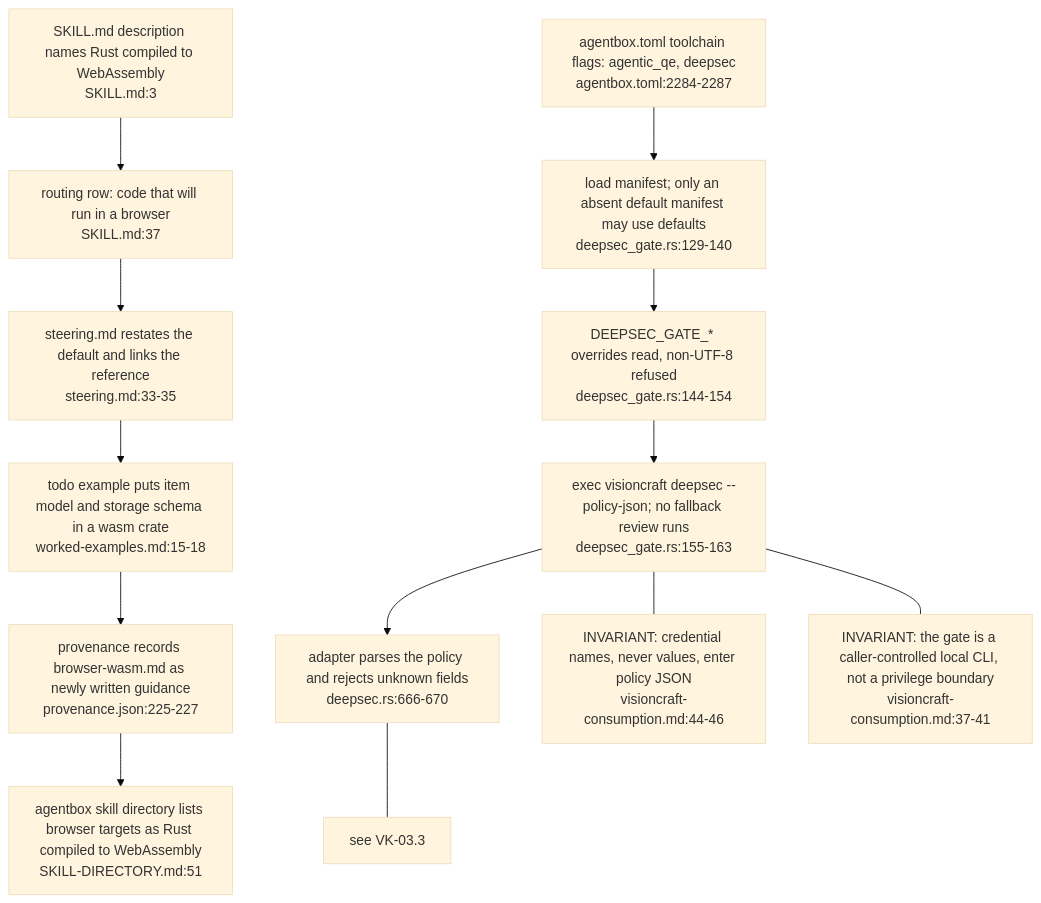
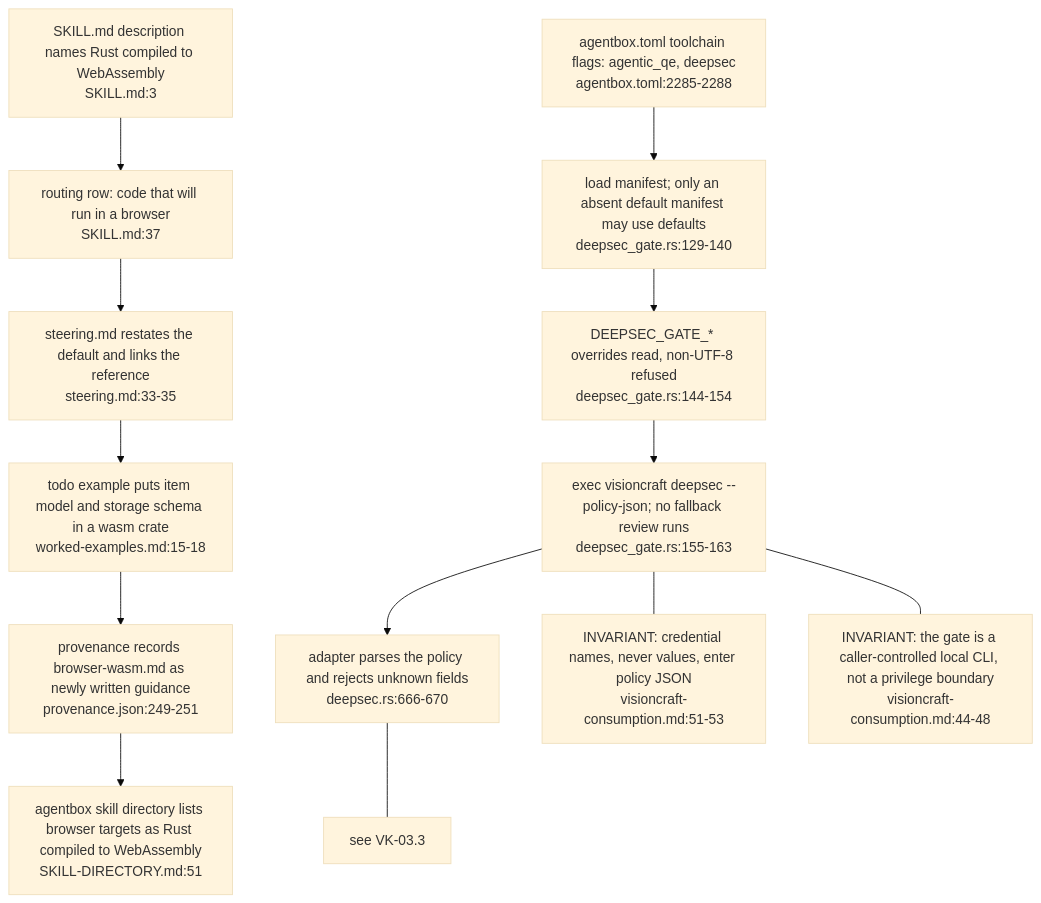
Before and after one commit to DreamLab-AI/VisionFlow: the fifth of 5 diagrams in docs/diagrams/visioncraft/05-browser-wasm-default-and-agentbox-consumption.md, drawn with Mermaid (base theme). The commit also changed other lines of this file and 36 other files, not shown here.

First line of the commit message:
docs(diagrams): re-derive and re-stamp agentbox, dream-engine, visioncraft, visiontouch and vowl topics; drop LAN addresses

````diff
--- a/docs/diagrams/visioncraft/05-browser-wasm-default-and-agentbox-consumption.md
+++ b/docs/diagrams/visioncraft/05-browser-wasm-default-and-agentbox-consumption.md
@@ -158,26 +159,26 @@
 ```mermaid
 flowchart TB
     SKD["SKILL.md description names Rust compiled to WebAssembly<br/>SKILL.md:3"]
     ROW["routing row: code that will run in a browser<br/>SKILL.md:37"]
     STE["steering.md restates the default and links the reference<br/>steering.md:33-35"]
     WEX["todo example puts item model and storage schema in a wasm crate<br/>worked-examples.md:15-18"]
-    PRV["provenance records browser-wasm.md as newly written guidance<br/>provenance.json:225-227"]
+    PRV["provenance records browser-wasm.md as newly written guidance<br/>provenance.json:249-251"]
     DIR["agentbox skill directory lists browser targets as Rust compiled to WebAssembly<br/>SKILL-DIRECTORY.md:51"]
-    TOML["agentbox.toml toolchain flags: agentic_qe, deepsec<br/>agentbox.toml:2284-2287"]
+    TOML["agentbox.toml toolchain flags: agentic_qe, deepsec<br/>agentbox.toml:2285-2288"]
     MAN["load manifest; only an absent default manifest may use defaults<br/>deepsec_gate.rs:129-140"]
     ENV["DEEPSEC_GATE_* overrides read, non-UTF-8 refused<br/>deepsec_gate.rs:144-154"]
     EXE["exec visioncraft deepsec --policy-json; no fallback review runs<br/>deepsec_gate.rs:155-163"]
     POL["adapter parses the policy and rejects unknown fields<br/>deepsec.rs:666-670"]
     SKD --> ROW
     ROW --> STE
     STE --> WEX
     WEX --> PRV
     PRV --> DIR
     TOML --> MAN --> ENV --> EXE --> POL
-    N1["INVARIANT: credential names, never values, enter policy JSON<br/>visioncraft-consumption.md:44-46"]
-    N2["INVARIANT: the gate is a caller-controlled local CLI, not a privilege boundary<br/>visioncraft-consumption.md:37-41"]
+    N1["INVARIANT: credential names, never values, enter policy JSON<br/>visioncraft-consumption.md:51-53"]
+    N2["INVARIANT: the gate is a caller-controlled local CLI, not a privilege boundary<br/>visioncraft-consumption.md:44-48"]
     N3["see VK-03.3"]
     EXE --- N1
     EXE --- N2
     POL --- N3
 ```
````
